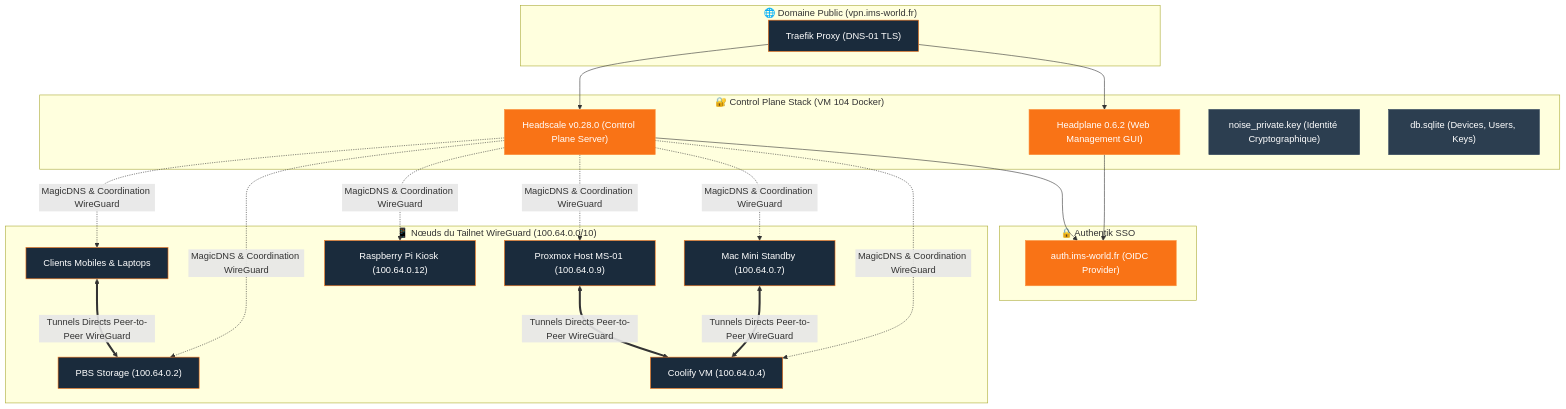
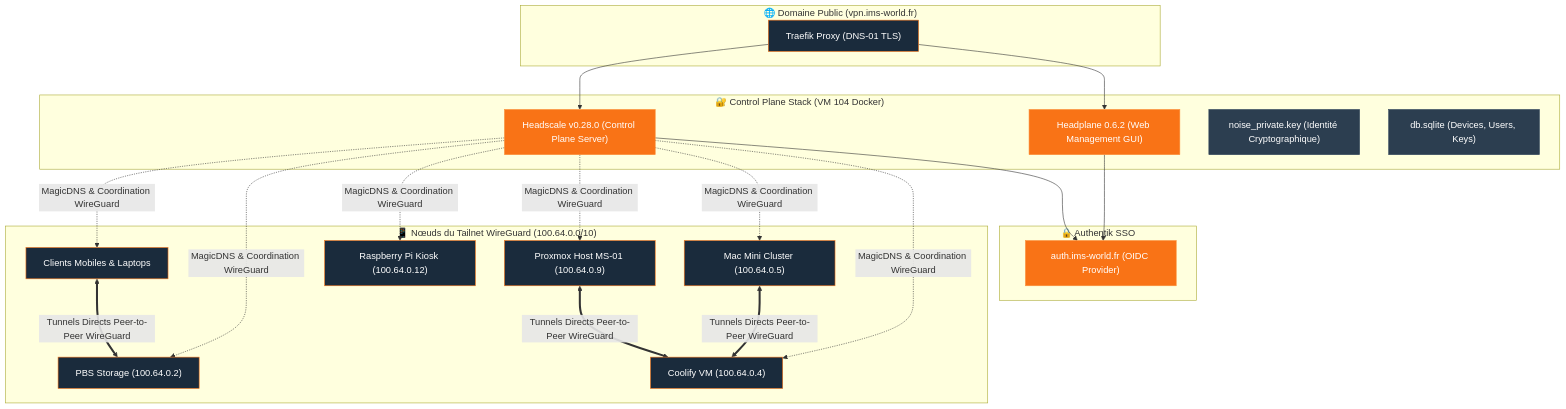
The diagram in services/headscale-headplane.md (ims-world/docs), drawn with Mermaid before and after one commit. The commit also changed 13 other files, not shown here.

Commit message:
docs: refonte du schema d'architecture macro globale pour le cluster 2 nœuds ims-cluster (MS-01 + Mac Mini) et IPs Tailscale

````diff
--- a/services/headscale-headplane.md
+++ b/services/headscale-headplane.md
@@ -60,49 +60,49 @@
 ```mermaid
 graph TB
     subgraph WAN_PUB ["🌐 Domaine Public (vpn.ims-world.fr)"]
         TRAEFIK["Traefik Proxy (DNS-01 TLS)"]
     end
 
     subgraph HEADSCALE_STACK ["🔐 Control Plane Stack (VM 104 Docker)"]
         HEADSCALE["Headscale v0.28.0 (Control Plane Server)"]
         HEADPLANE["Headplane 0.6.2 (Web Management GUI)"]
         NOISE_KEY["noise_private.key (Identité Cryptographique)"]
         DB_SQLITE["db.sqlite (Devices, Users, Keys)"]
     end
 
     subgraph OIDC_AUTH ["🔒 Authentik SSO"]
         AUTH_SRV["auth.ims-world.fr (OIDC Provider)"]
     end
 
     subgraph TAILNET_NODES ["📱 Nœuds du Tailnet WireGuard (100.64.0.0/10)"]
-        MAC["Mac Mini Standby (100.64.0.7)"]
+        MAC["Mac Mini Cluster (100.64.0.5)"]
         PVE["Proxmox Host MS-01 (100.64.0.9)"]
         PBS["PBS Storage (100.64.0.2)"]
         COOL["Coolify VM (100.64.0.4)"]
         RPI["Raspberry Pi Kiosk (100.64.0.12)"]
         MOBILE["Clients Mobiles & Laptops"]
     end
 
     TRAEFIK --> HEADSCALE
     TRAEFIK --> HEADPLANE
     HEADPLANE --> AUTH_SRV
     HEADSCALE --> AUTH_SRV
 
     HEADSCALE -.->|MagicDNS & Coordination WireGuard| MAC
     HEADSCALE -.->|MagicDNS & Coordination WireGuard| PVE
     HEADSCALE -.->|MagicDNS & Coordination WireGuard| PBS
     HEADSCALE -.->|MagicDNS & Coordination WireGuard| COOL
     HEADSCALE -.->|MagicDNS & Coordination WireGuard| RPI
     HEADSCALE -.->|MagicDNS & Coordination WireGuard| MOBILE
 
     MAC <==>|Tunnels Directs Peer-to-Peer WireGuard| COOL
     PVE <==>|Tunnels Directs Peer-to-Peer WireGuard| COOL
     MOBILE <==>|Tunnels Directs Peer-to-Peer WireGuard| PBS
 
     classDef srv fill:#F97316,stroke:#FB923C,color:#fff;
     classDef key fill:#2c3e50,stroke:#34495e,color:#fff;
     classDef node fill:#1a2b3c,stroke:#F97316,color:#fff;
     class HEADSCALE,HEADPLANE,AUTH_SRV srv;
     class NOISE_KEY,DB_SQLITE key;
     class MAC,PVE,PBS,COOL,RPI,MOBILE node;
 ```
````
